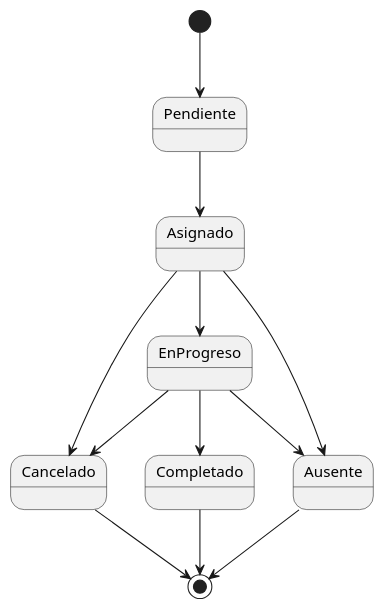
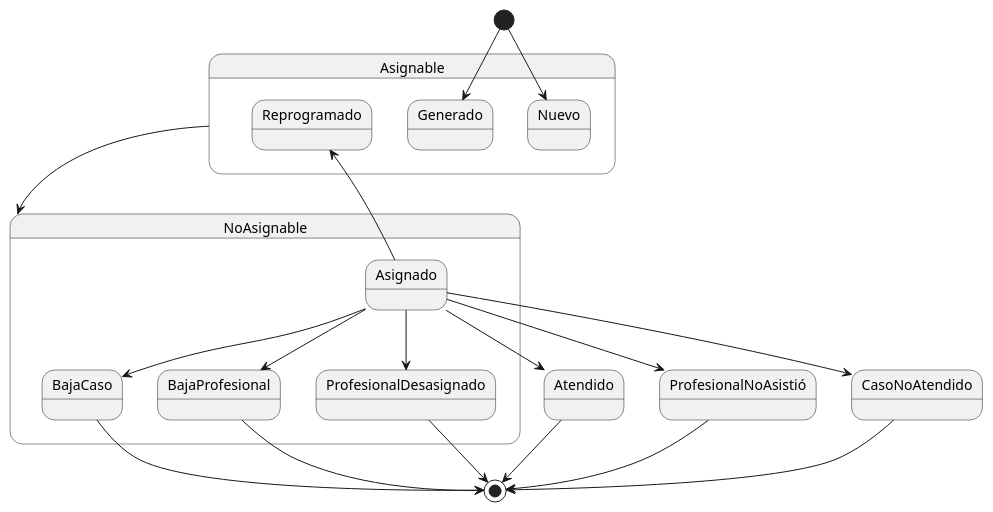
Before and after one commit to MDKi/saspav: the diagram in docs/diagramas/dteTurno.puml, drawn with PlantUML.

Commit message:
Overhaul appointment state diagram

```diff
--- a/docs/diagramas/dteTurno.puml
+++ b/docs/diagramas/dteTurno.puml
@@ -1,16 +1,39 @@
 @startuml
-scale 800x600
 
-[*] --> Pendiente
-Pendiente --> Asignado
-Asignado --> EnProgreso
-EnProgreso --> Completado
-Completado --> [*]
-Asignado --> Cancelado
-EnProgreso --> Cancelado
-Cancelado --> [*]
-Asignado --> Ausente
-EnProgreso --> Ausente
-Ausente --> [*]
+state Asignable {
+  state Nuevo
+  state Generado
+  state Reprogramado
+}
+
+state NoAsignable {
+  state Asignado
+  state BajaCaso
+  state BajaProfesional
+  state ProfesionalDesasignado
+}
+
+state Atendido
+state ProfesionalNoAsistió
+state CasoNoAtendido
+
+[*] --> Nuevo
+[*] --> Generado
+Asignable --> NoAsignable
+Asignado --> Reprogramado
+
+Asignado --> BajaCaso
+Asignado --> BajaProfesional
+Asignado --> ProfesionalDesasignado
+Asignado --> Atendido
+Asignado --> ProfesionalNoAsistió
+Asignado --> CasoNoAtendido
+
+BajaCaso --> [*]
+BajaProfesional --> [*]
+ProfesionalDesasignado --> [*]
+Atendido --> [*]
+ProfesionalNoAsistió --> [*]
+CasoNoAtendido --> [*]
 
 @enduml
```
